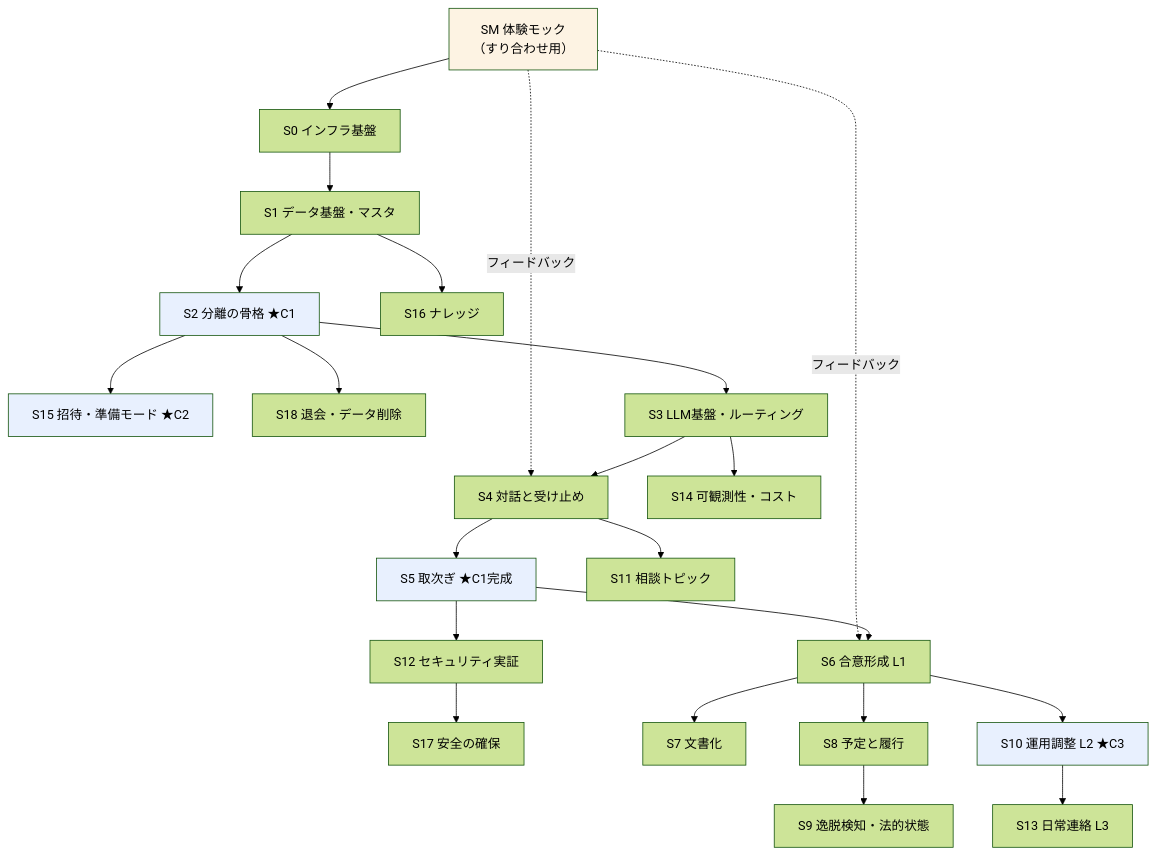
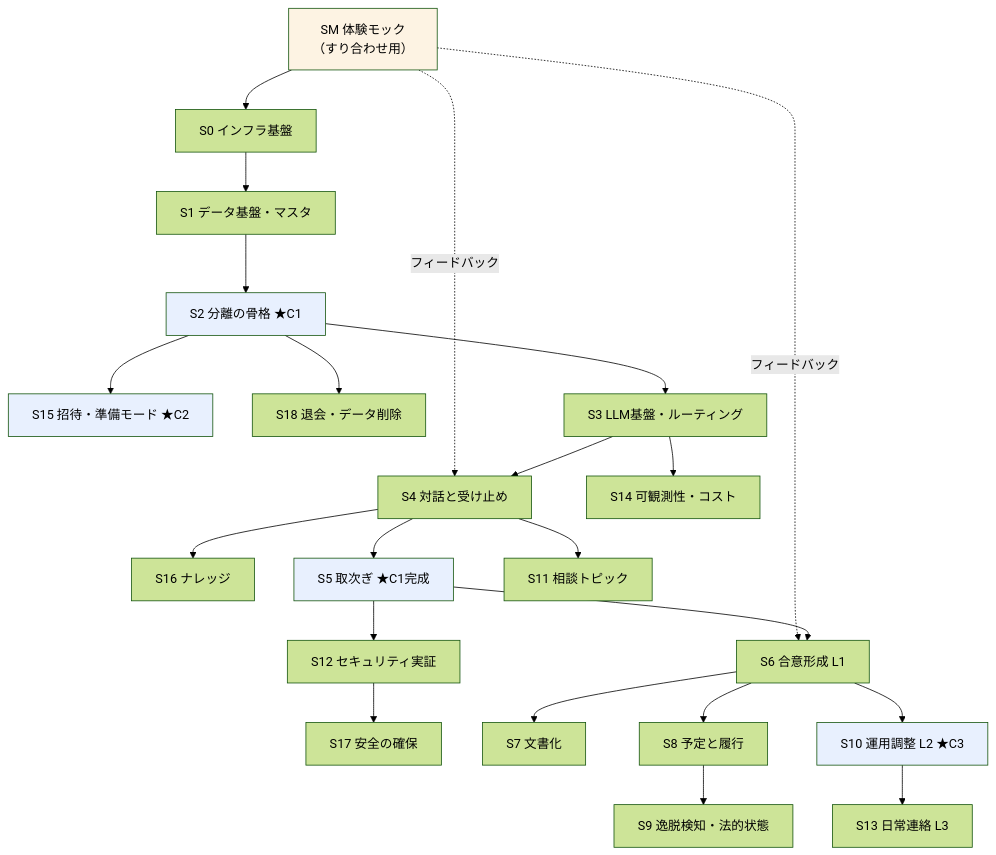
One commit to sugimomoto/AIHack changed the diagram in .steering/roadmap.md. Above: the diagram before and after it, drawn with Mermaid (forest theme). The commit also changed other lines of this file and 1 other file, not shown here.

````diff
--- a/.steering/roadmap.md
+++ b/.steering/roadmap.md
@@ -26,30 +26,30 @@
 ```mermaid
 graph TD
     SM["SM 体験モック<br/>（すり合わせ用）"] -.->|"フィードバック"| S4
     SM -.->|"フィードバック"| S6
     SM --> S0["S0 インフラ基盤"]
     S0 --> S1["S1 データ基盤・マスタ"]
     S2 --> S15["S15 招待・準備モード ★C2"]
-    S1 --> S16["S16 ナレッジ"]
+    S4 --> S16["S16 ナレッジ"]
     S12 --> S17["S17 安全の確保"]
     S2 --> S18["S18 退会・データ削除"]
     S1 --> S2["S2 分離の骨格 ★C1"]
     S2 --> S3["S3 LLM基盤・ルーティング"]
     S3 --> S4["S4 対話と受け止め"]
     S4 --> S5["S5 取次ぎ ★C1完成"]
     S5 --> S6["S6 合意形成 L1"]
     S6 --> S7["S7 文書化"]
     S6 --> S8["S8 予定と履行"]
     S8 --> S9["S9 逸脱検知・法的状態"]
     S6 --> S10["S10 運用調整 L2 ★C3"]
     S4 --> S11["S11 相談トピック"]
     S5 --> S12["S12 セキュリティ実証"]
     S10 --> S13["S13 日常連絡 L3"]
     S3 --> S14["S14 可観測性・コスト"]
 
     style S2 fill:#e8f0fe
     style S5 fill:#e8f0fe
     style S10 fill:#e8f0fe
     style SM fill:#fdf3e3
     style S15 fill:#e8f0fe
 ```
````
